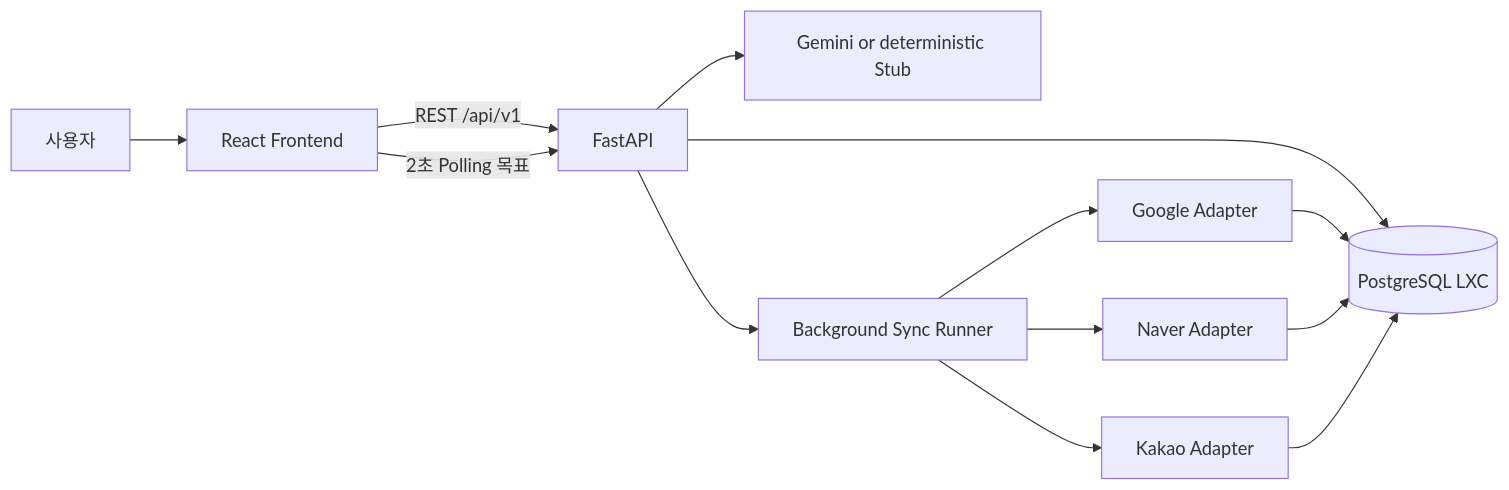
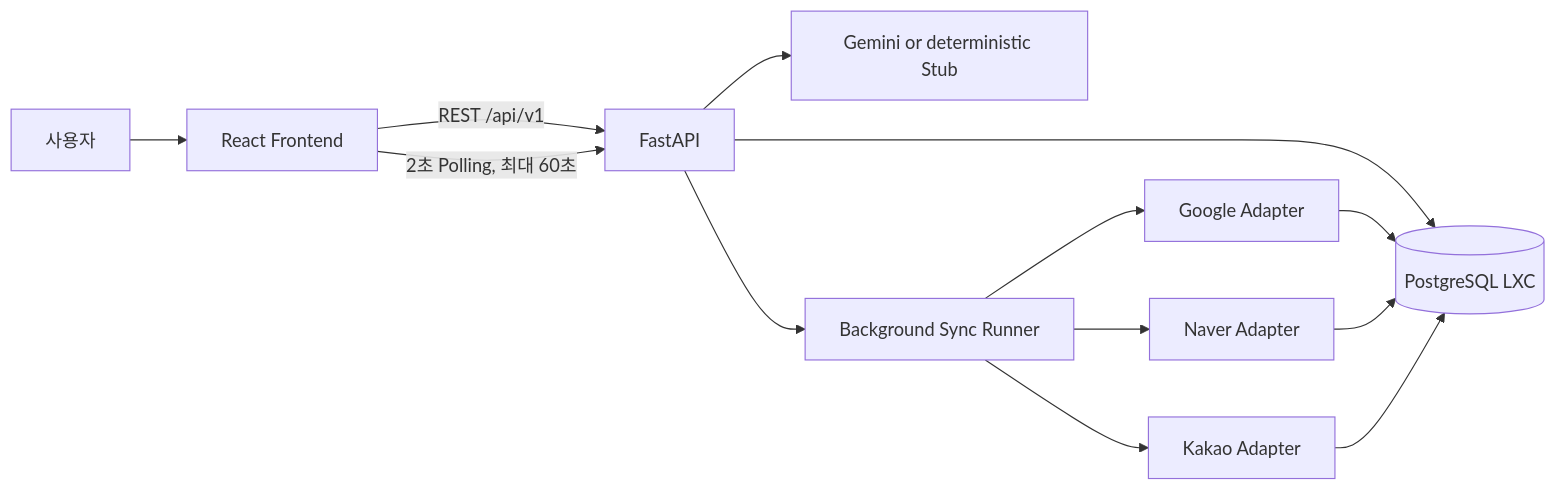
One commit to mapkeeper/mapkeeper-sdd changed the diagram in workspace/docs/sdd/plan.md. Above: the diagram before and after it, drawn with Mermaid. The commit also changed other lines of this file and 49 other files, not shown here.

````diff
--- a/workspace/docs/sdd/plan.md
+++ b/workspace/docs/sdd/plan.md
@@ -22,15 +22,15 @@
 ```mermaid
 flowchart LR
   U[사용자] --> FE[React Frontend]
   FE -->|REST /api/v1| API[FastAPI]
   API --> DB[(PostgreSQL LXC)]
   API --> GEMINI[Gemini or deterministic Stub]
   API --> JOB[Background Sync Runner]
   JOB --> G[Google Adapter]
   JOB --> N[Naver Adapter]
   JOB --> K[Kakao Adapter]
   G --> DB
   N --> DB
   K --> DB
-  FE -->|2초 Polling 목표| API
+  FE -->|2초 Polling, 최대 60초| API
 ```
````
